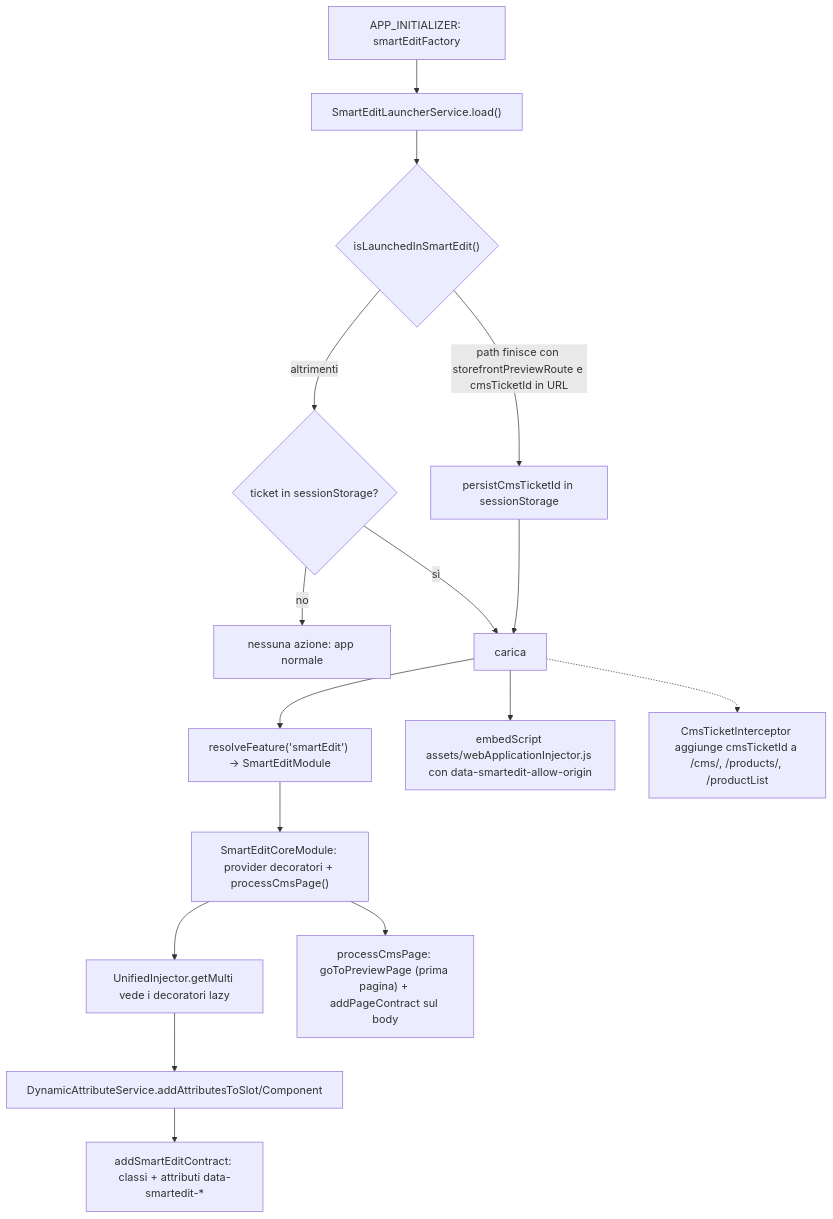
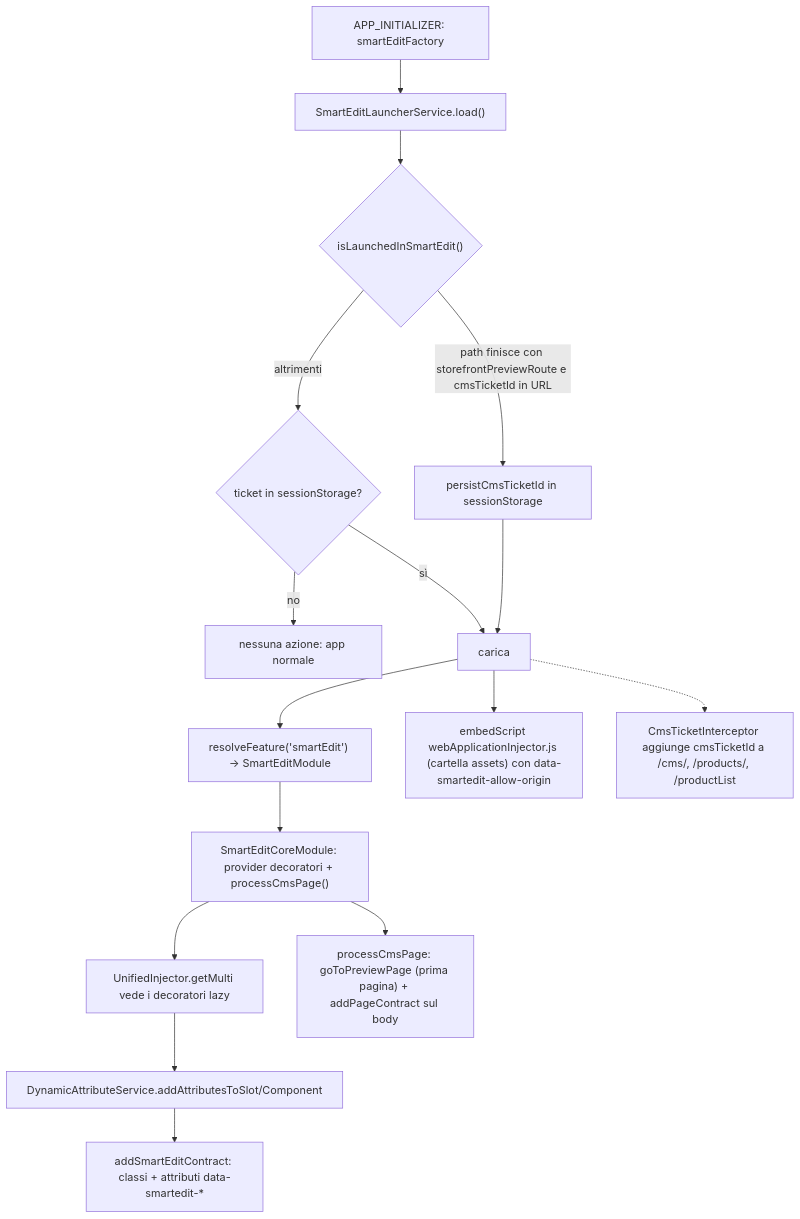
The third of 5 diagrams in docs/spartacus-book/parte-2/33-tracking-smartedit-qualtrics.md (mgiuditta/spartacus), drawn with Mermaid before and after one commit. The commit also changed other lines of this file and 1 other file, not shown here.

````diff
--- a/docs/spartacus-book/parte-2/33-tracking-smartedit-qualtrics.md
+++ b/docs/spartacus-book/parte-2/33-tracking-smartedit-qualtrics.md
@@ -283,18 +283,18 @@
 ```mermaid
 flowchart TD
     A["APP_INITIALIZER: smartEditFactory"] --> B["SmartEditLauncherService.load()"]
     B --> C{"isLaunchedInSmartEdit()"}
     C -->|"path finisce con storefrontPreviewRoute e cmsTicketId in URL"| D["persistCmsTicketId in sessionStorage"]
     C -->|"altrimenti"| E{"ticket in sessionStorage?"}
     E -->|"no"| Z["nessuna azione: app normale"]
     E -->|"sì"| F["carica"]
     D --> F
     F --> G["resolveFeature('smartEdit') -> SmartEditModule"]
-    F --> H["embedScript assets/webApplicationInjector.js con data-smartedit-allow-origin"]
+    F --> H["embedScript webApplicationInjector.js (cartella assets) con data-smartedit-allow-origin"]
     G --> I["SmartEditCoreModule: provider decoratori + processCmsPage()"]
     I --> J["UnifiedInjector.getMulti vede i decoratori lazy"]
     J --> K["DynamicAttributeService.addAttributesToSlot/Component"]
     K --> L["addSmartEditContract: classi + attributi data-smartedit-*"]
     I --> M["processCmsPage: goToPreviewPage (prima pagina) + addPageContract sul body"]
     F -.-> N["CmsTicketInterceptor aggiunge cmsTicketId a /cms/, /products/, /productList"]
 ```
````
